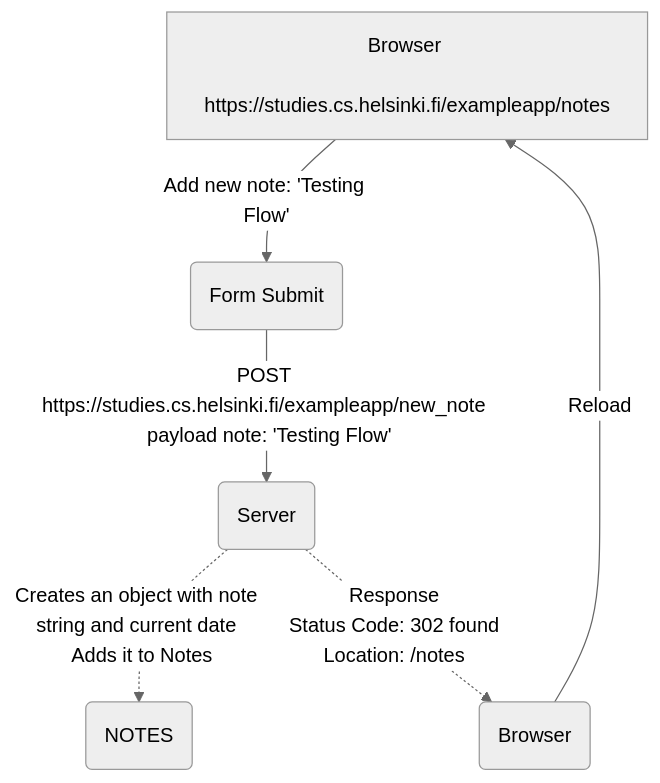
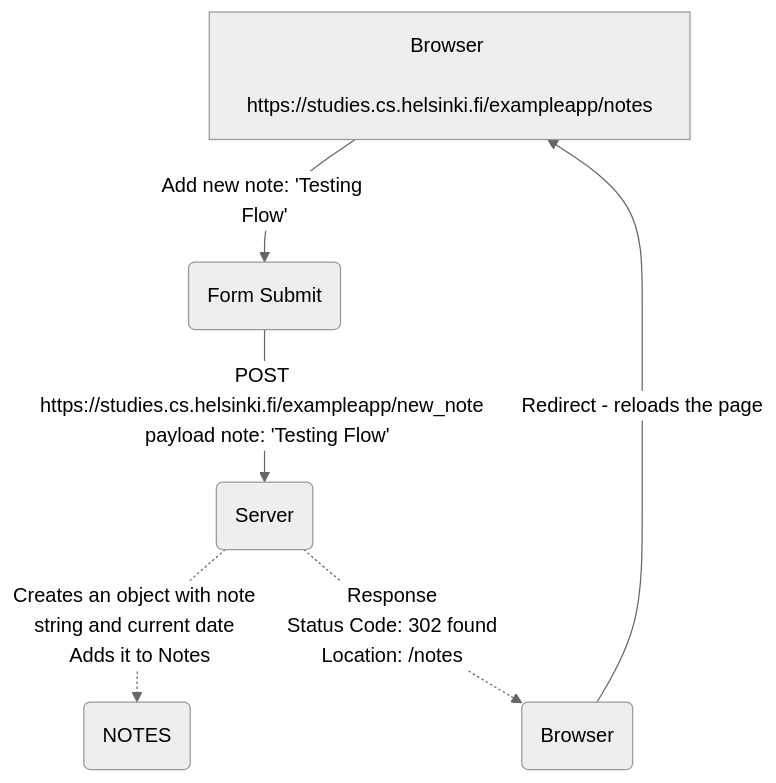
The diagram in part0/0.4.md (bmsfs/fullstackopen), drawn with Mermaid (neutral theme) before and after one commit. The commit also changed 1 other file, not shown here.

Commit message:
Rename label. delete initial file

````diff
--- a/part0/0.4.md
+++ b/part0/0.4.md
@@ -1,7 +1,7 @@
 ``` mermaid
     flowchart
         A[Browser \n https://studies.cs.helsinki.fi/exampleapp/notes] --> |Add new note: 'Testing Flow'| B(Form Submit) --> |POST https://studies.cs.helsinki.fi/exampleapp/new_note \n payload note: 'Testing Flow'| C(Server)
         C(Server) -.-> |Creates an object with note string and current date \n Adds it to Notes| E(NOTES)
         C(Server) -.-> |Response \n Status Code: 302 found \n Location: /notes| F(Browser)
-        F(Browser) --> |Reload| A
+        F(Browser) --> |Redirect - reloads the page| A
 ```
````
